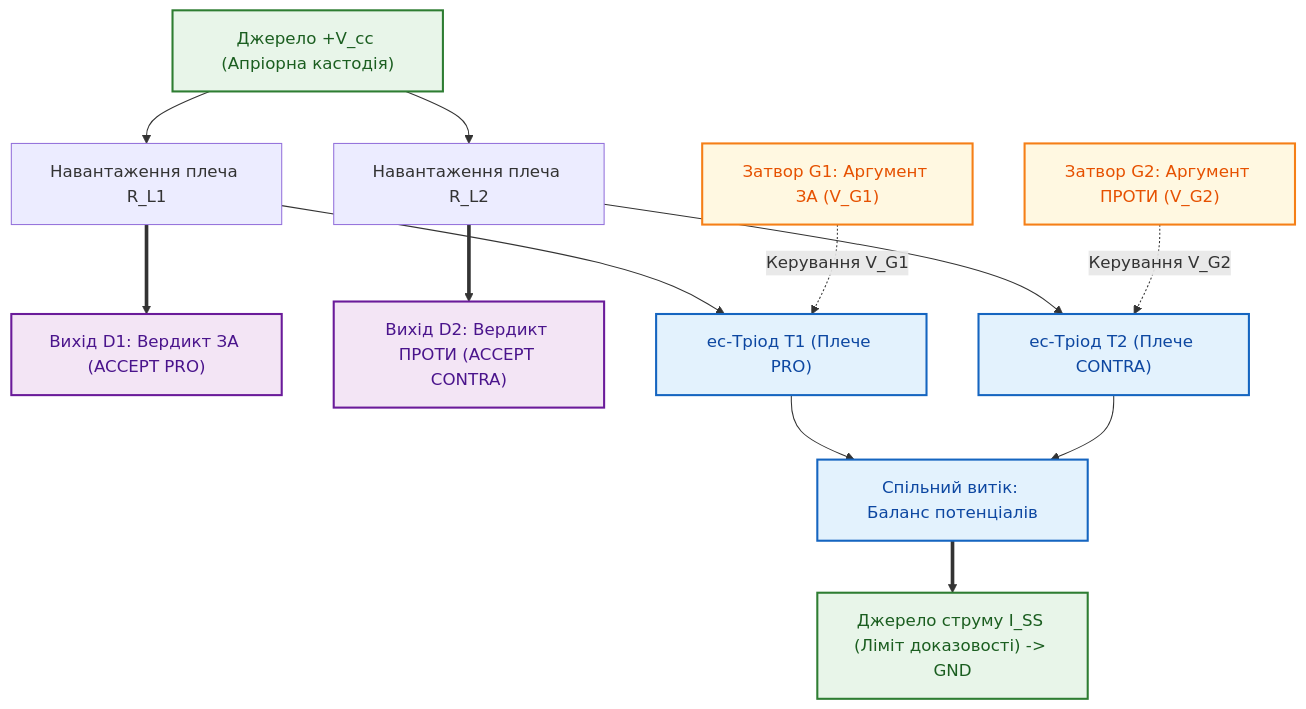
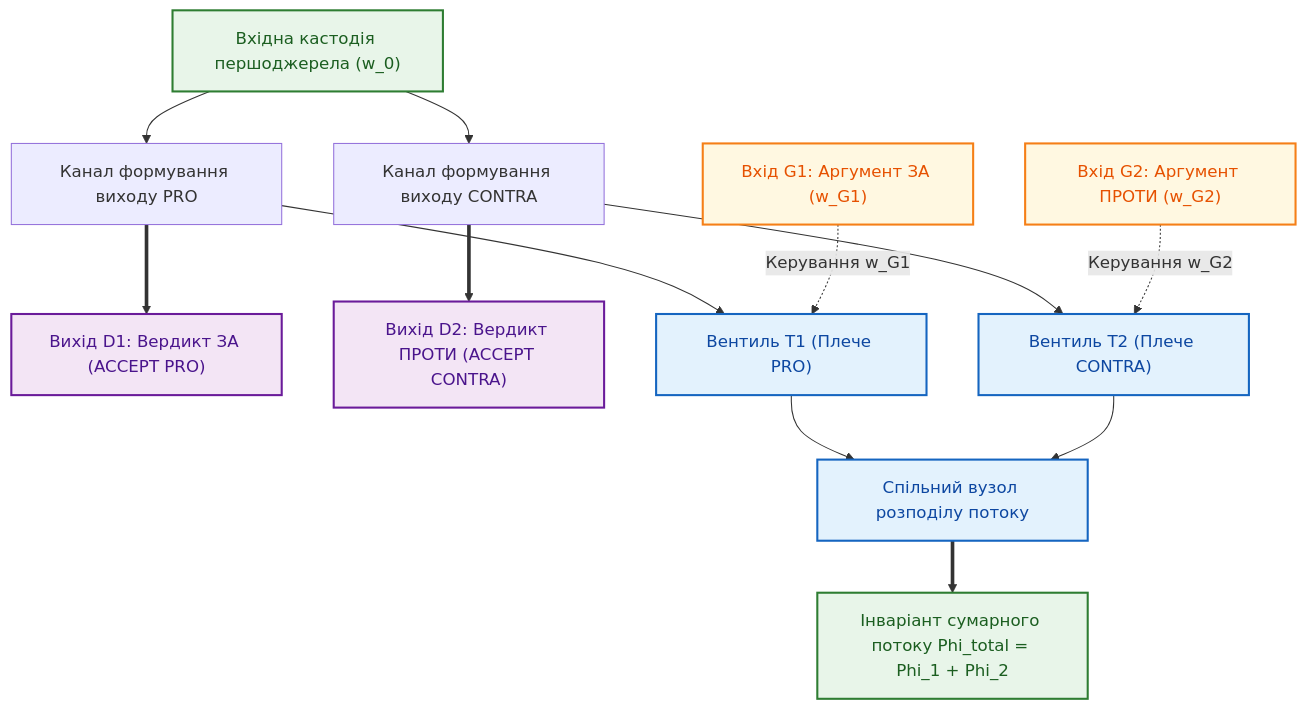
One commit to nick-fedchik/articles changed the second of 2 diagrams in Epistemic_Circuit_Theory/ch07-multi-stage-cascades-and-linear-complexity.md. Above: the diagram before and after it, drawn with Mermaid. The commit also changed other lines of this file and 10 other files, not shown here.

````diff
--- a/Epistemic_Circuit_Theory/ch07-multi-stage-cascades-and-linear-complexity.md
+++ b/Epistemic_Circuit_Theory/ch07-multi-stage-cascades-and-linear-complexity.md
@@ -139,38 +137,38 @@
 ```mermaid
 flowchart TD
-    accTitle: Диференційний каскад на парі епістемічних тріодів для змагальної аргументації
-    accDescr: Порівняння керуючих потенціалів аргументів ЗА (G1) і ПРОТИ (G2) на диференційній парі T1/T2 зі спільним генератором струму кастодії I_SS.
+    accTitle: Рисунок 7.2. Симетричний диференційний арбітр на парі деонтичних вентилів для змагальної аргументації
+    accDescr: Порівняння керуючих потенціалів аргументів ЗА (G1) і ПРОТИ (G2) на диференційній парі T1/T2 зі збереженням сумарного потоку кастодії Phi_total.
 
-    VCC["Джерело +V_cc (Апріорна кастодія)"]
-    RL1["Навантаження плеча R_L1"]
-    RL2["Навантаження плеча R_L2"]
+    VCC["Вхідна кастодія першоджерела (w_0)"]
+    RL1["Канал формування виходу PRO"]
+    RL2["Канал формування виходу CONTRA"]
     D1["Вихід D1: Вердикт ЗА (ACCEPT PRO)"]
     D2["Вихід D2: Вердикт ПРОТИ (ACCEPT CONTRA)"]
-    G1["Затвор G1: Аргумент ЗА (V_G1)"]
-    G2["Затвор G2: Аргумент ПРОТИ (V_G2)"]
-    T1["ес-Тріод T1 (Плече PRO)"]
-    T2["ес-Тріод T2 (Плече CONTRA)"]
-    Tail["Спільний витік: Баланс потенціалів"]
-    ISS["Джерело струму I_SS (Ліміт доказовості) -> GND"]
+    G1["Вхід G1: Аргумент ЗА (w_G1)"]
+    G2["Вхід G2: Аргумент ПРОТИ (w_G2)"]
+    T1["Вентиль T1 (Плече PRO)"]
+    T2["Вентиль T2 (Плече CONTRA)"]
+    Tail["Спільний вузол розподілу потоку"]
+    ISS["Інваріант сумарного потоку Phi_total = Phi_1 + Phi_2"]
 
     VCC --> RL1
     VCC --> RL2
     RL1 --> T1
     RL2 --> T2
     RL1 ==> D1
     RL2 ==> D2
-    G1 -.->|"Керування V_G1"| T1
-    G2 -.->|"Керування V_G2"| T2
+    G1 -.->|"Керування w_G1"| T1
+    G2 -.->|"Керування w_G2"| T2
     T1 --> Tail
     T2 --> Tail
     Tail ==> ISS
 
     classDef supply fill:#e8f5e9,stroke:#2e7d32,stroke-width:2px,color:#1b5e20;
     classDef triode fill:#e3f2fd,stroke:#1565c0,stroke-width:2px,color:#0d47a1;
     classDef gate fill:#fff8e1,stroke:#f57f17,stroke-width:2px,color:#e65100;
     classDef out fill:#f3e5f5,stroke:#6a1b9a,stroke-width:2px,color:#4a148c;
     class VCC,ISS supply;
     class T1,T2,Tail triode;
     class G1,G2 gate;
     class D1,D2 out;
 ```
````
